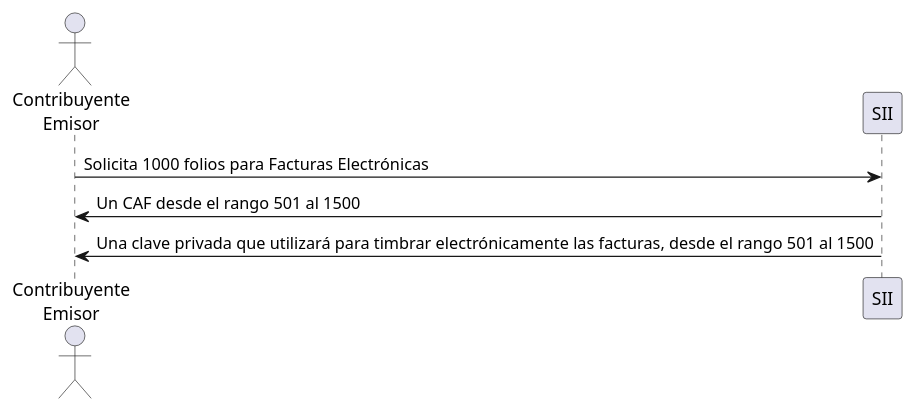
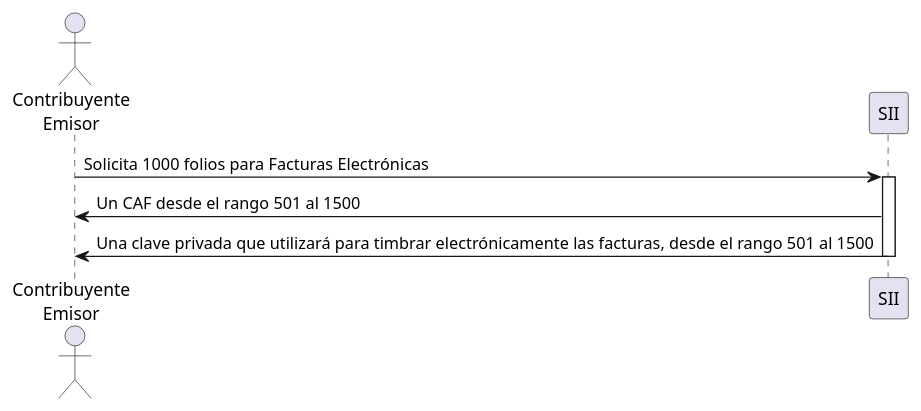
One commit to mliulion/sii-uml changed the diagram in caf/cafs_nivel_0_ejemplo.puml. Above: the diagram before and after it, drawn with PlantUML. The commit also changed 1 other file, not shown here.

```diff
--- a/caf/cafs_nivel_0_ejemplo.puml
+++ b/caf/cafs_nivel_0_ejemplo.puml
@@ -1,8 +1,14 @@
 @startumlFoo
 actor       "Contribuyente\nEmisor" as Contribuyente
 participant SII
 
 Contribuyente -> SII : Solicita 1000 folios para Facturas Electrónicas
+activate SII
+
 SII -> Contribuyente : Un CAF desde el rango 501 al 1500
+
 SII -> Contribuyente : Una clave privada que utilizará para timbrar electrónicamente las facturas, desde el rango 501 al 1500
+
+deactivate SII
+
 @enduml
```
